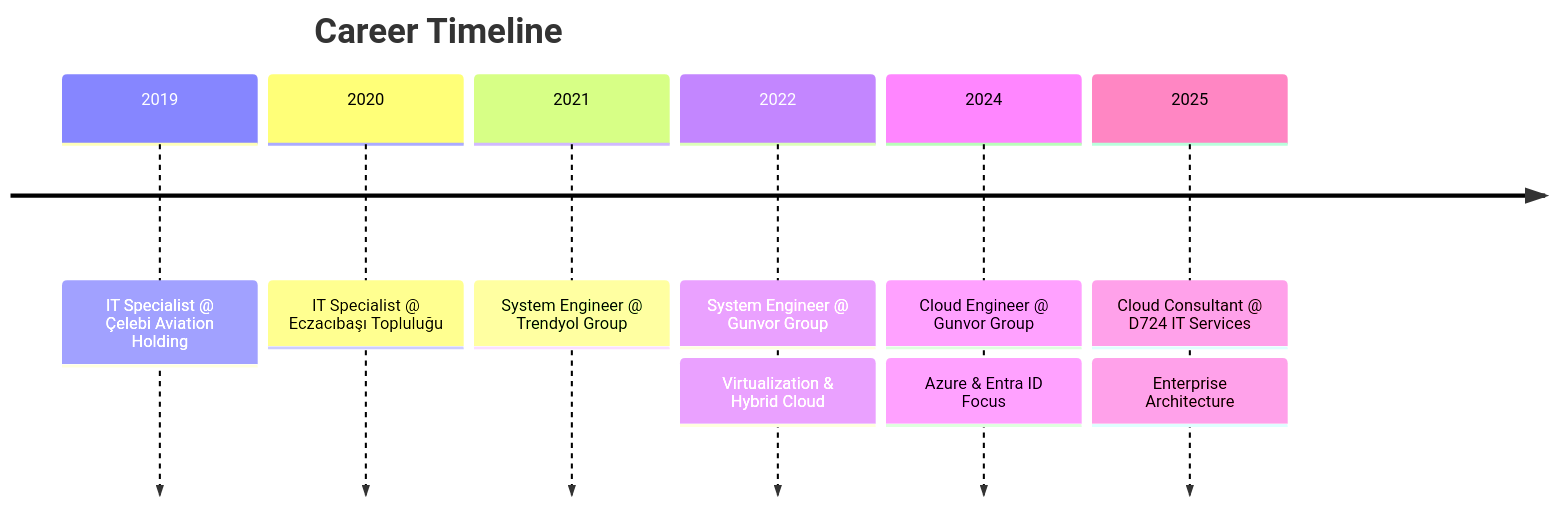
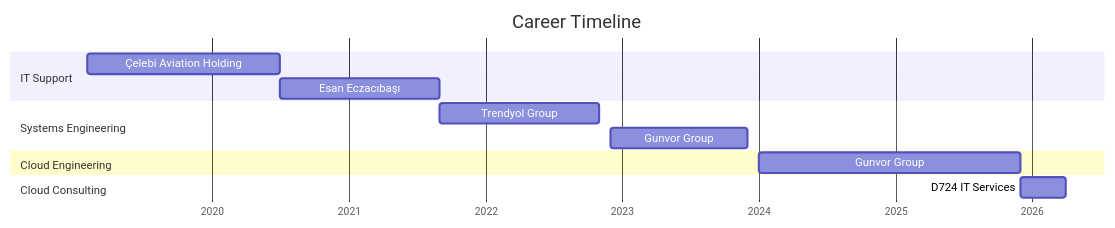
The first of 3 diagrams in _tabs/about.md (ozanberkpolat/ozanberkpolat.github.io), drawn with Mermaid before and after one commit.

Commit message:
updated timeline

````diff
--- a/_tabs/about.md
+++ b/_tabs/about.md
@@ -23,10 +23,20 @@
 ```mermaid
-timeline
+gantt
     title Career Timeline
-    2019 : IT Specialist @ Çelebi Aviation Holding
-    2020 : IT Specialist @ Eczacıbaşı Topluluğu
-    2021 : System Engineer @ Trendyol Group
-    2022 : System Engineer @ Gunvor Group : Virtualization & Hybrid Cloud
-    2024 : Cloud Engineer @ Gunvor Group : Azure & Entra ID Focus
-    2025 : Cloud Consultant @ D724 IT Services : Enterprise Architecture
+    dateFormat  YYYY-MM
+    axisFormat  %Y
+
+    section IT Support
+    Çelebi Aviation Holding       :2019-02, 2020-07
+    Esan Eczacıbaşı               :2020-07, 2021-09
+
+    section Systems Engineering
+    Trendyol Group                :2021-09, 2022-11
+    Gunvor Group                  :2022-12, 2023-12
+
+    section Cloud Engineering
+    Gunvor Group                  :2024-01, 2025-12
+
+    section Cloud Consulting
+    D724 IT Services              :2025-12, 2026-04
 ```
````
